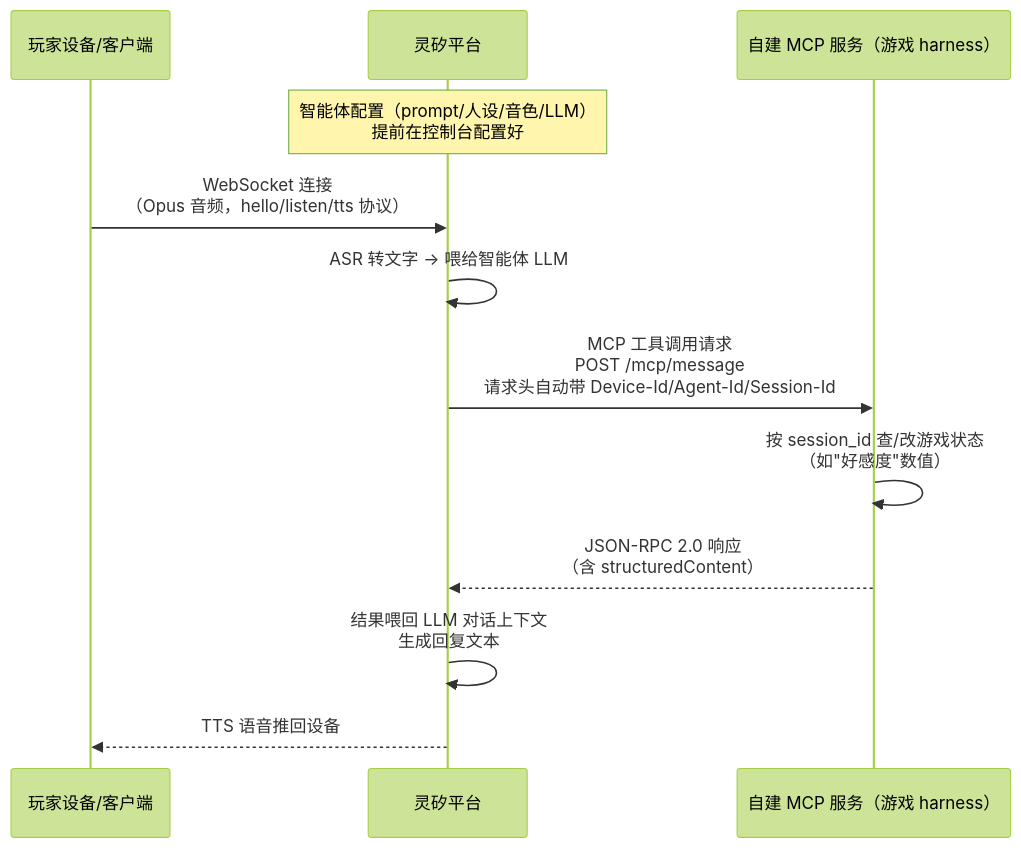
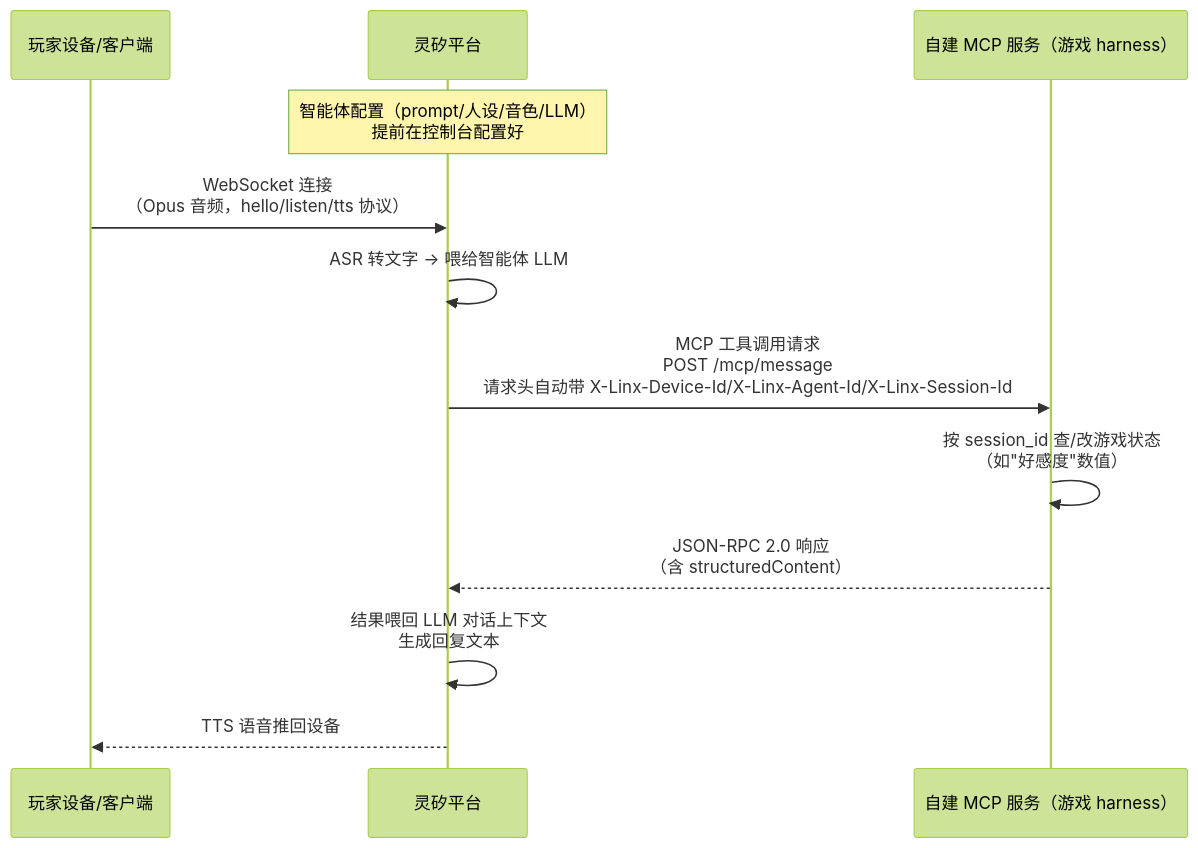
Before and after one commit to whaili/Hackathon-2026: the diagram in docs/tech-research.md, drawn with Mermaid (forest theme). The commit also changed other lines of this file, not shown here.

````diff
--- a/docs/tech-research.md
+++ b/docs/tech-research.md
@@ -17,16 +17,16 @@
 ```mermaid
 sequenceDiagram
     participant 设备 as 玩家设备/客户端
     participant 灵矽 as 灵矽平台
     participant MCP as 自建 MCP 服务（游戏 harness）
 
     Note over 灵矽: 智能体配置（prompt/人设/音色/LLM）<br/>提前在控制台配置好
 
     设备->>灵矽: WebSocket 连接<br/>（Opus 音频，hello/listen/tts 协议）
     灵矽->>灵矽: ASR 转文字 → 喂给智能体 LLM
-    灵矽->>MCP: MCP 工具调用请求<br/>POST /mcp/message<br/>请求头自动带 Device-Id/Agent-Id/Session-Id
+    灵矽->>MCP: MCP 工具调用请求<br/>POST /mcp/message<br/>请求头自动带 X-Linx-Device-Id/X-Linx-Agent-Id/X-Linx-Session-Id
     MCP->>MCP: 按 session_id 查/改游戏状态<br/>（如"好感度"数值）
     MCP-->>灵矽: JSON-RPC 2.0 响应<br/>（含 structuredContent）
     灵矽->>灵矽: 结果喂回 LLM 对话上下文<br/>生成回复文本
     灵矽-->>设备: TTS 语音推回设备
 ```
````
